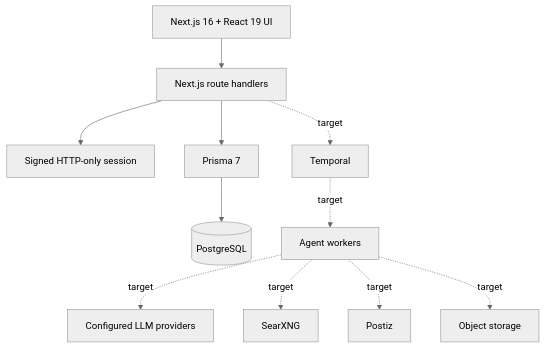
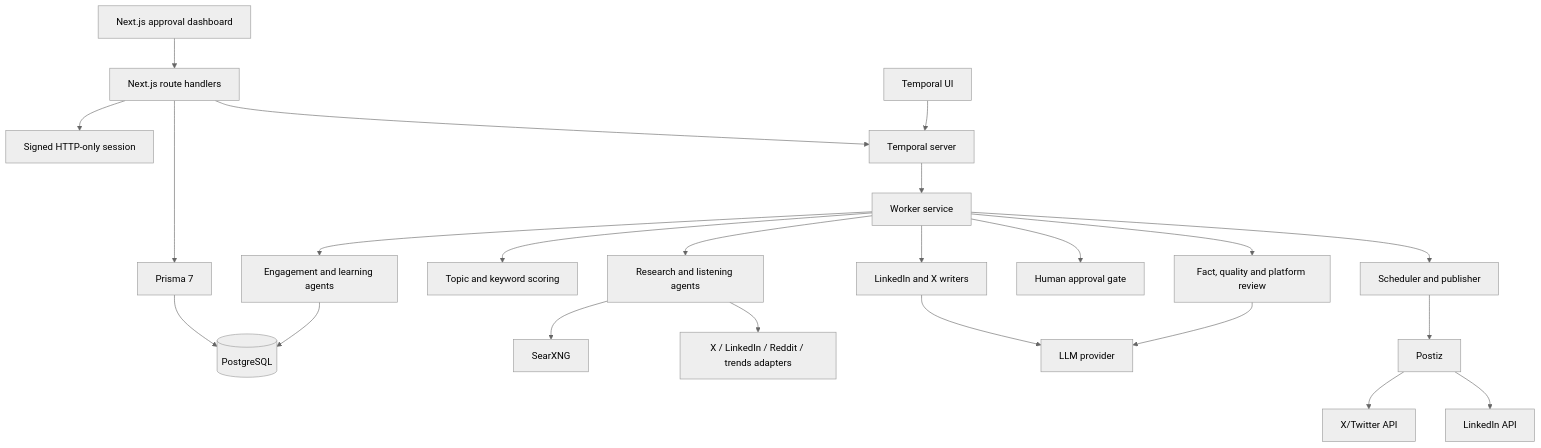
The diagram in README.md (niks-nikhil-anand/AI-Swarm-For-Social-Media-CMS), drawn with Mermaid (neutral theme) before and after one commit. The commit also changed other lines of this file, not shown here.

Commit message:
docs: pivot project focus from general research to automated social media content publishing

````diff
--- a/README.md
+++ b/README.md
@@ -161,14 +511,28 @@
 ```mermaid
 flowchart TB
-    UI["Next.js 16 + React 19 UI"] --> API["Next.js route handlers"]
+    UI["Next.js approval dashboard"] --> API["Next.js route handlers"]
     API --> Auth["Signed HTTP-only session"]
     API --> Prisma["Prisma 7"]
-    Prisma --> PostgreSQL[("PostgreSQL")]
+    Prisma --> DB[("PostgreSQL")]
 
-    API -. target .-> Temporal["Temporal"]
-    Temporal -. target .-> Workers["Agent workers"]
-    Workers -. target .-> LLM["Configured LLM providers"]
-    Workers -. target .-> SearXNG["SearXNG"]
-    Workers -. target .-> Postiz["Postiz"]
-    Workers -. target .-> Storage["Object storage"]
+    API --> Temporal["Temporal server"]
+    Temporal --> Worker["Worker service"]
+    TemporalUI["Temporal UI"] --> Temporal
+
+    Worker --> Research["Research and listening agents"]
+    Worker --> Strategy["Topic and keyword scoring"]
+    Worker --> Writers["LinkedIn and X writers"]
+    Worker --> Review["Fact, quality and platform review"]
+    Worker --> Approval["Human approval gate"]
+    Worker --> Publishing["Scheduler and publisher"]
+    Worker --> Analytics["Engagement and learning agents"]
+
+    Research --> SearXNG["SearXNG"]
+    Research --> SocialAPIs["X / LinkedIn / Reddit / trends adapters"]
+    Writers --> LLM["LLM provider"]
+    Review --> LLM
+    Publishing --> Postiz["Postiz"]
+    Postiz --> XAPI["X/Twitter API"]
+    Postiz --> LinkedInAPI["LinkedIn API"]
+    Analytics --> DB
 ```
````
